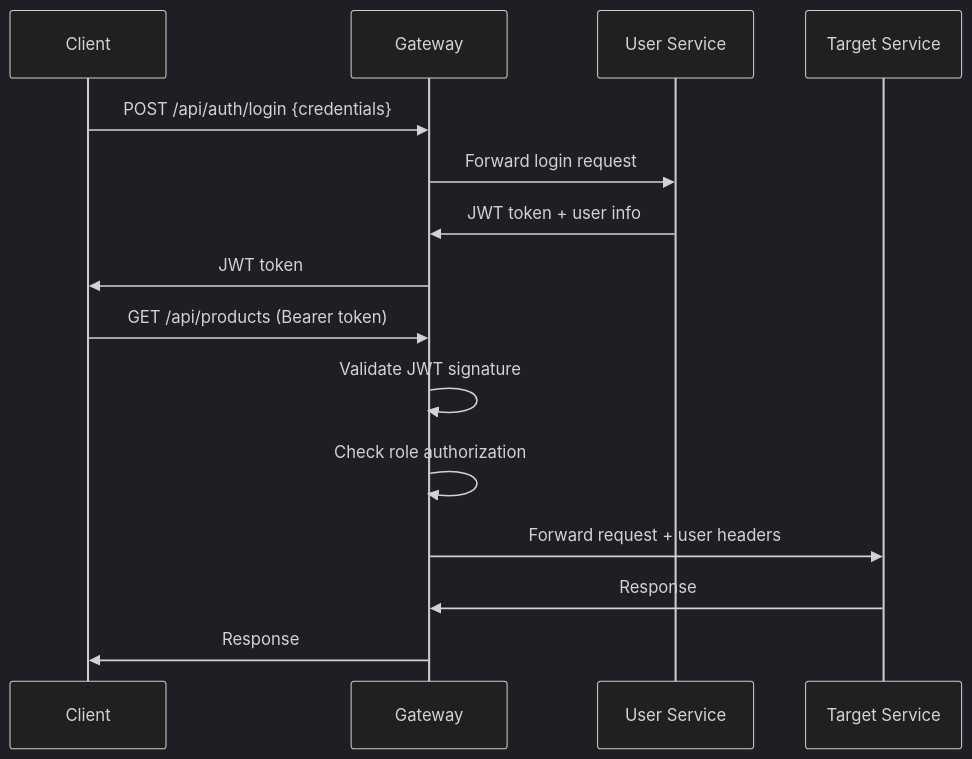
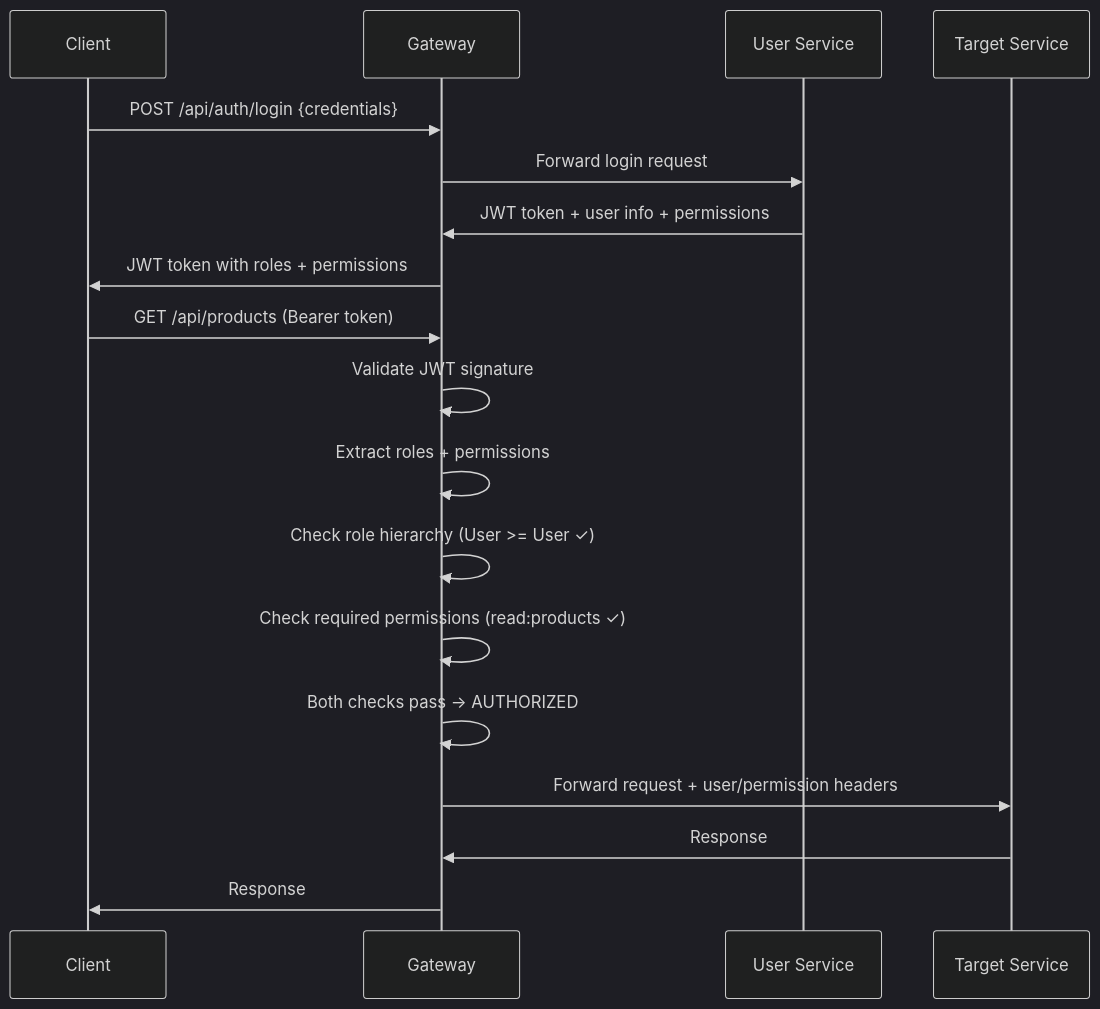
Before and after one commit to Qalitrack/qalitrackservices: the diagram in docs/packages/qalitrack-gateway/technical-architecture.md, drawn with Mermaid (dark theme). The commit also changed other lines of this file and 15 other files, not shown here.

First line of the commit message:
feat(gateway): implement comprehensive permissions system with hybrid authorization

````diff
--- a/docs/packages/qalitrack-gateway/technical-architecture.md
+++ b/docs/packages/qalitrack-gateway/technical-architecture.md
@@ -180,19 +184,22 @@
 ```mermaid
 sequenceDiagram
     participant C as Client
     participant G as Gateway
     participant U as User Service
     participant S as Target Service
 
     C->>G: POST /api/auth/login {credentials}
     G->>U: Forward login request
-    U->>G: JWT token + user info
-    G->>C: JWT token
+    U->>G: JWT token + user info + permissions
+    G->>C: JWT token with roles + permissions
 
     C->>G: GET /api/products (Bearer token)
     G->>G: Validate JWT signature
-    G->>G: Check role authorization
-    G->>S: Forward request + user headers
+    G->>G: Extract roles + permissions
+    G->>G: Check role hierarchy (User >= User ✓)
+    G->>G: Check required permissions (read:products ✓)
+    G->>G: Both checks pass → AUTHORIZED
+    G->>S: Forward request + user/permission headers
     S->>G: Response
     G->>C: Response
 ```
````
